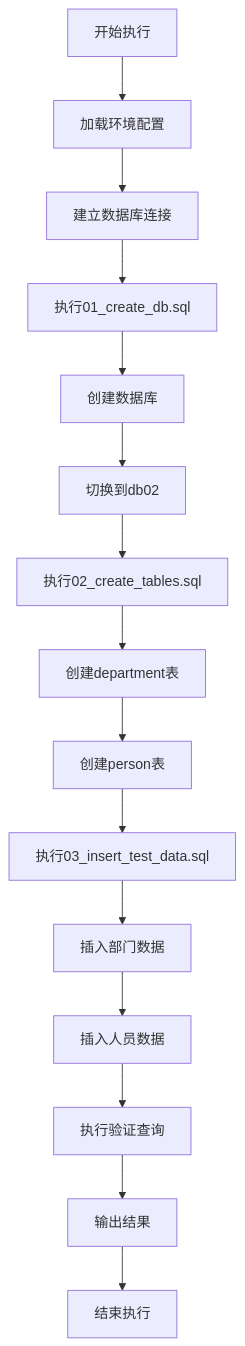
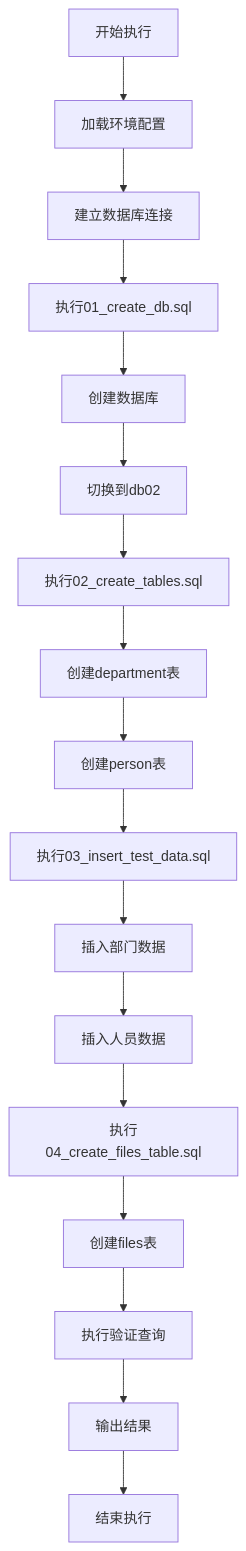
Diagram 13 of 13 in .qoder/repowiki/zh/content/数据库脚本详解/数据库脚本详解.md (lane6008/fileTest), drawn with Mermaid before and after one commit. The commit also changed other lines of this file and 7 other files, not shown here.

````diff
--- a/.qoder/repowiki/zh/content/数据库脚本详解/数据库脚本详解.md
+++ b/.qoder/repowiki/zh/content/数据库脚本详解/数据库脚本详解.md
@@ -479,17 +678,19 @@
 ```mermaid
 flowchart TD
 A["开始执行"] --> B["加载环境配置"]
 B --> C["建立数据库连接"]
 C --> D["执行01_create_db.sql"]
 D --> E["创建数据库"]
 E --> F["切换到db02"]
 F --> G["执行02_create_tables.sql"]
 G --> H["创建department表"]
 H --> I["创建person表"]
 I --> J["执行03_insert_test_data.sql"]
 J --> K["插入部门数据"]
 K --> L["插入人员数据"]
-L --> M["执行验证查询"]
-M --> N["输出结果"]
-N --> O["结束执行"]
+L --> M["执行04_create_files_table.sql"]
+M --> N["创建files表"]
+N --> O["执行验证查询"]
+O --> P["输出结果"]
+P --> Q["结束执行"]
 ```
````
